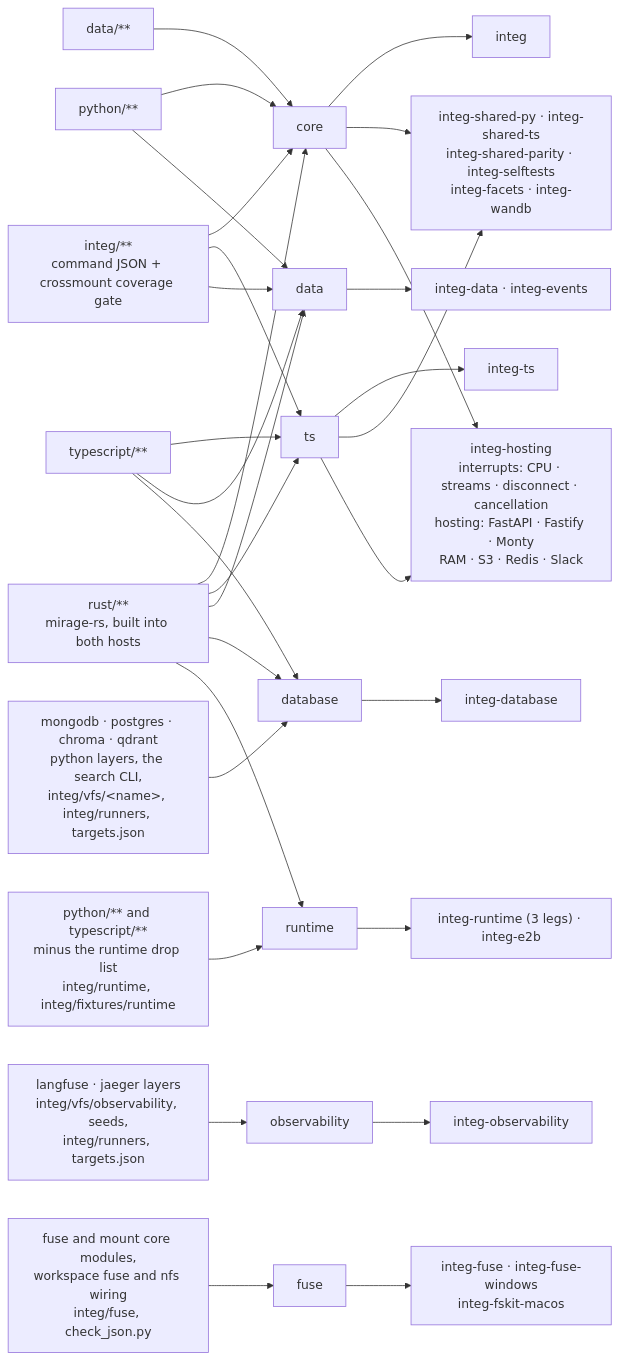
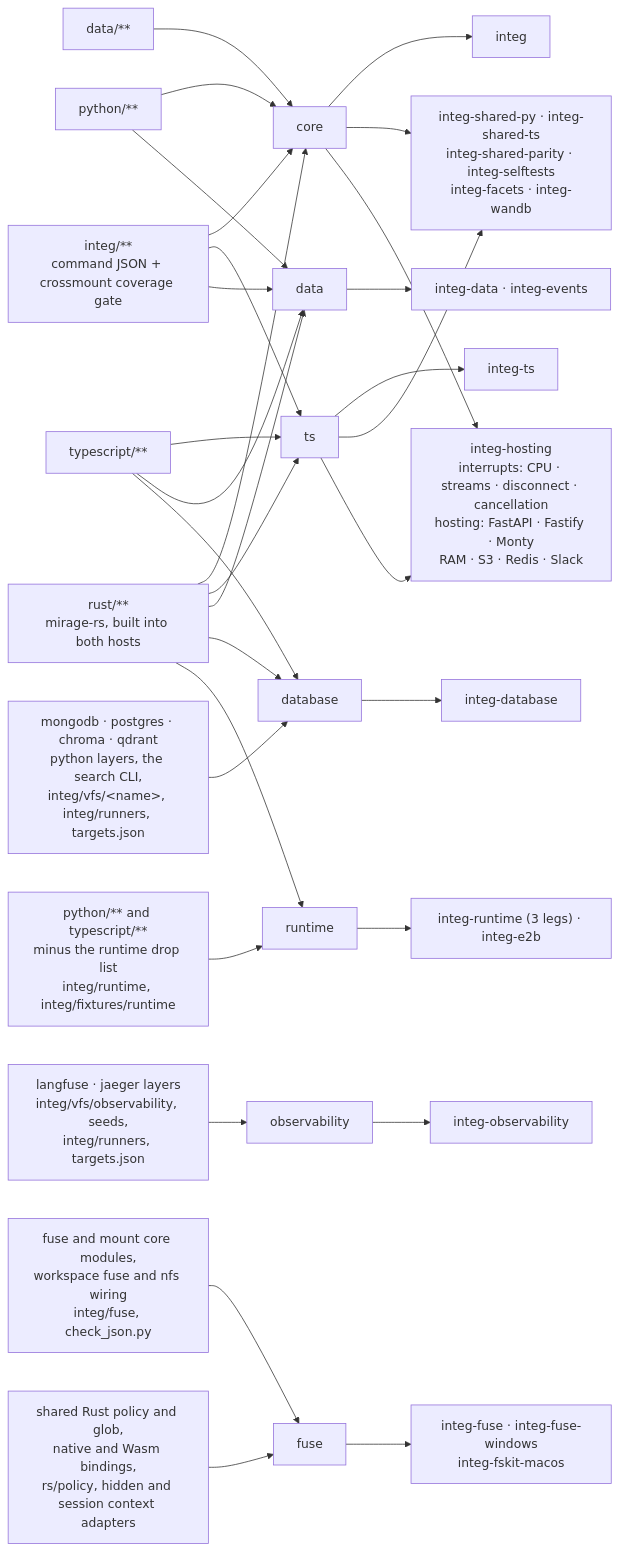
The diagram in integ/README.md (strukto-ai/mirage), drawn with Mermaid before and after one commit. The commit also changed 1 other file, not shown here.

Commit message:
Run FUSE coverage for shared policy changes

````diff
--- a/integ/README.md
+++ b/integ/README.md
@@ -236,21 +236,22 @@
 ```mermaid
 flowchart LR
     PY["python/**"] --> core & data
     TSX["typescript/**"] --> ts & data & database
     IN["integ/**<br/>command JSON + crossmount coverage gate"] --> core & ts & data
     D["data/**"] --> core
     RS["rust/**<br/>mirage-rs, built into both hosts"] --> core & ts & data & database & runtime
     DB["mongodb · postgres · chroma · qdrant<br/>python layers, the search CLI,<br/>integ/vfs/&lt;name&gt;, integ/runners, targets.json"] --> database
     OB["langfuse · jaeger layers<br/>integ/vfs/observability, seeds,<br/>integ/runners, targets.json"] --> observability
     FS["fuse and mount core modules,<br/>workspace fuse and nfs wiring<br/>integ/fuse, check_json.py"] --> fuse
+    FP["shared Rust policy and glob,<br/>native and Wasm bindings,<br/>rs/policy, hidden and session context adapters"] --> fuse
     RT["python/** and typescript/**<br/>minus the runtime drop list<br/>integ/runtime, integ/fixtures/runtime"] --> runtime
     core --> J1["integ"]
     ts --> J2["integ-ts"]
     core & ts --> J3["integ-shared-py · integ-shared-ts<br/>integ-shared-parity · integ-selftests<br/>integ-facets · integ-wandb"]
     core & ts --> HOST["integ-hosting<br/>interrupts: CPU · streams · disconnect · cancellation<br/>hosting: FastAPI · Fastify · Monty<br/>RAM · S3 · Redis · Slack"]
     data --> J4["integ-data · integ-events"]
     database --> J5["integ-database"]
     observability --> J6["integ-observability"]
     fuse --> J7["integ-fuse · integ-fuse-windows<br/>integ-fskit-macos"]
     runtime --> J8["integ-runtime (3 legs) · integ-e2b"]
 ```
````
